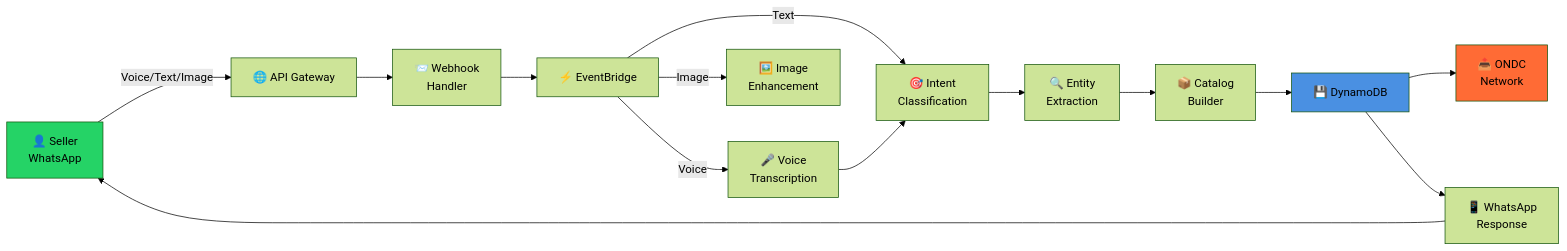
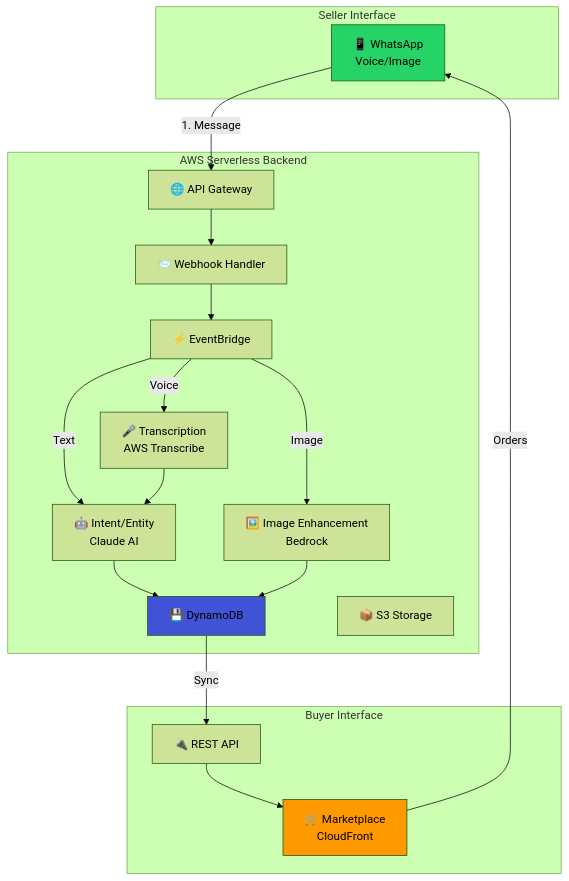
One commit to decode-soumyadipta/AWS_Bharat changed the diagram in README.md. Above: the diagram before and after it, drawn with Mermaid (forest theme). The commit also changed other lines of this file and 28 other files, not shown here.

````diff
--- a/README.md
+++ b/README.md
@@ -42,24 +49,39 @@
 ```mermaid
-graph LR
-    A[👤 Seller<br/>WhatsApp] -->|Voice/Text/Image| B[🌐 API Gateway]
-    B --> C[📨 Webhook<br/>Handler]
-    C --> D[⚡ EventBridge]
+graph TB
+    subgraph "Seller Interface"
+        A[📱 WhatsApp<br/>Voice/Image]
+    end
     
-    D -->|Text| E[🎯 Intent<br/>Classification]
-    D -->|Voice| F[🎤 Voice<br/>Transcription]
-    D -->|Image| G[🖼️ Image<br/>Enhancement]
+    subgraph "AWS Serverless Backend"
+        B[🌐 API Gateway]
+        C[📨 Webhook Handler]
+        D[⚡ EventBridge]
+        E[🎤 Transcription<br/>AWS Transcribe]
+        F[🤖 Intent/Entity<br/>Claude AI]
+        G[🖼️ Image Enhancement<br/>Bedrock]
+        H[💾 DynamoDB]
+        I[📦 S3 Storage]
+    end
     
-    E --> H[🔍 Entity<br/>Extraction]
-    F --> E
+    subgraph "Buyer Interface"
+        J[🛒 Marketplace<br/>CloudFront]
+        K[🔌 REST API]
+    end
     
-    H --> I[📦 Catalog<br/>Builder]
-    I --> J[💾 DynamoDB]
-    J --> K[📤 ONDC<br/>Network]
-    
-    J --> L[📱 WhatsApp<br/>Response]
-    L --> A
+    A -->|1. Message| B
+    B --> C
+    C --> D
+    D -->|Voice| E
+    D -->|Text| F
+    D -->|Image| G
+    E --> F
+    F --> H
+    G --> H
+    H -->|Sync| K
+    K --> J
+    J -->|Orders| A
     
     style A fill:#25D366
-    style K fill:#FF6B35
-    style J fill:#4A90E2
+    style J fill:#FF9900
+    style H fill:#4053D6
 ```
````
